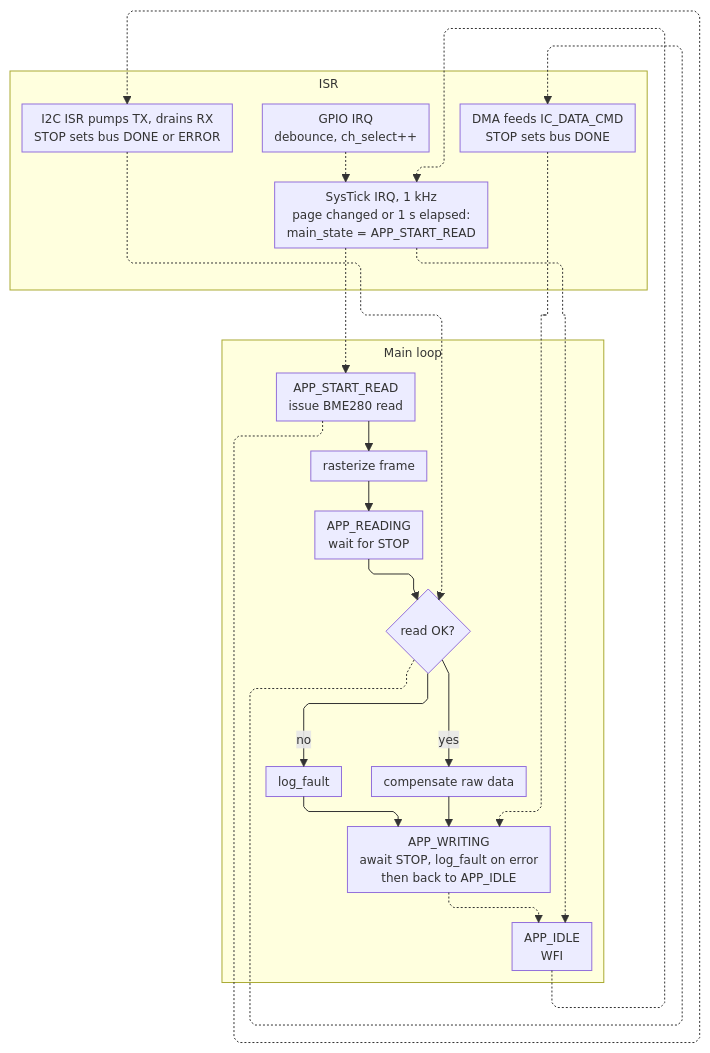
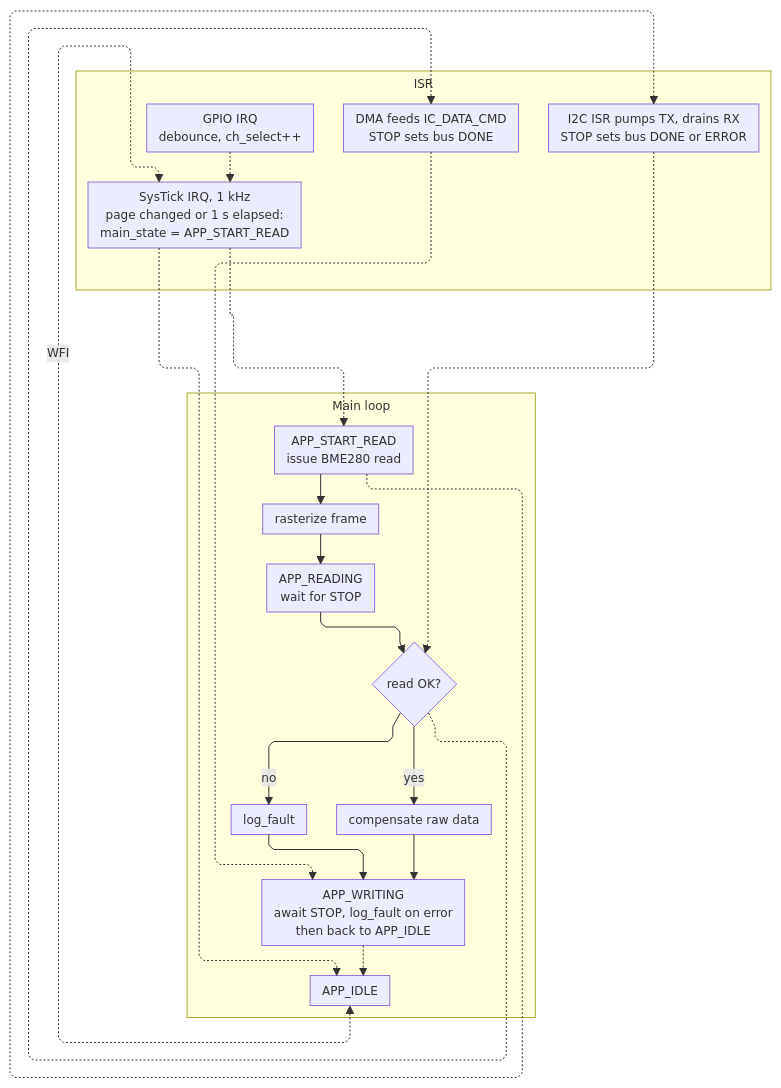
Before and after one commit to Vasilis-Narain/rp2350-baremetal-weather-station: the diagram in README.md, drawn with Mermaid.

````diff
--- a/README.md
+++ b/README.md
@@ -57,31 +57,31 @@
 ```mermaid
 %%{init: {"themeVariables": {"fontSize": "12px"}, "flowchart": {"defaultRenderer":"elk", "nodeSpacing": 40, "rankSpacing": 22, "padding": 6, "diagramPadding": 10, "curve": "linear", "subGraphTitleMargin": {"top": 4, "bottom": 20}}}}%%
 flowchart TB
     subgraph MAIN["Main loop"]
-        I["APP_IDLE<br/>WFI"]
+        I["APP_IDLE"]
         S["APP_START_READ<br/>issue BME280 read"] --> R["rasterize frame"]
         R --> RD["APP_READING<br/>wait for STOP"]
         RD --> OK{"read OK?"}
         OK -- yes --> C["compensate raw data"]
         OK -- no --> LF["log_fault"]
         C --> W["APP_WRITING<br/>await STOP, log_fault on error<br/>then back to APP_IDLE"]
         LF --> W
     end
 
     subgraph ISR 
         BTN["GPIO IRQ<br/>debounce, ch_select++"]
         SYS["SysTick IRQ, 1 kHz<br/>page changed or 1 s elapsed:<br/>main_state = APP_START_READ"]
         ISR["I2C ISR pumps TX, drains RX<br/>STOP sets bus DONE or ERROR"]
         DF["DMA feeds IC_DATA_CMD<br/>STOP sets bus DONE"]
     end
 
-    I -.-> SYS
+    I <-.WFI.-> SYS
     SYS -.-> I
     BTN -.-> SYS
     SYS -.-> S
     S -.-> ISR
     DF -.-> W
     W -.->I
     ISR -.->OK
     OK -.-> DF
 ```
````
